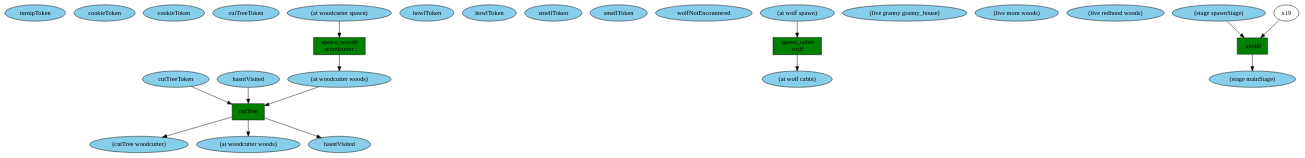
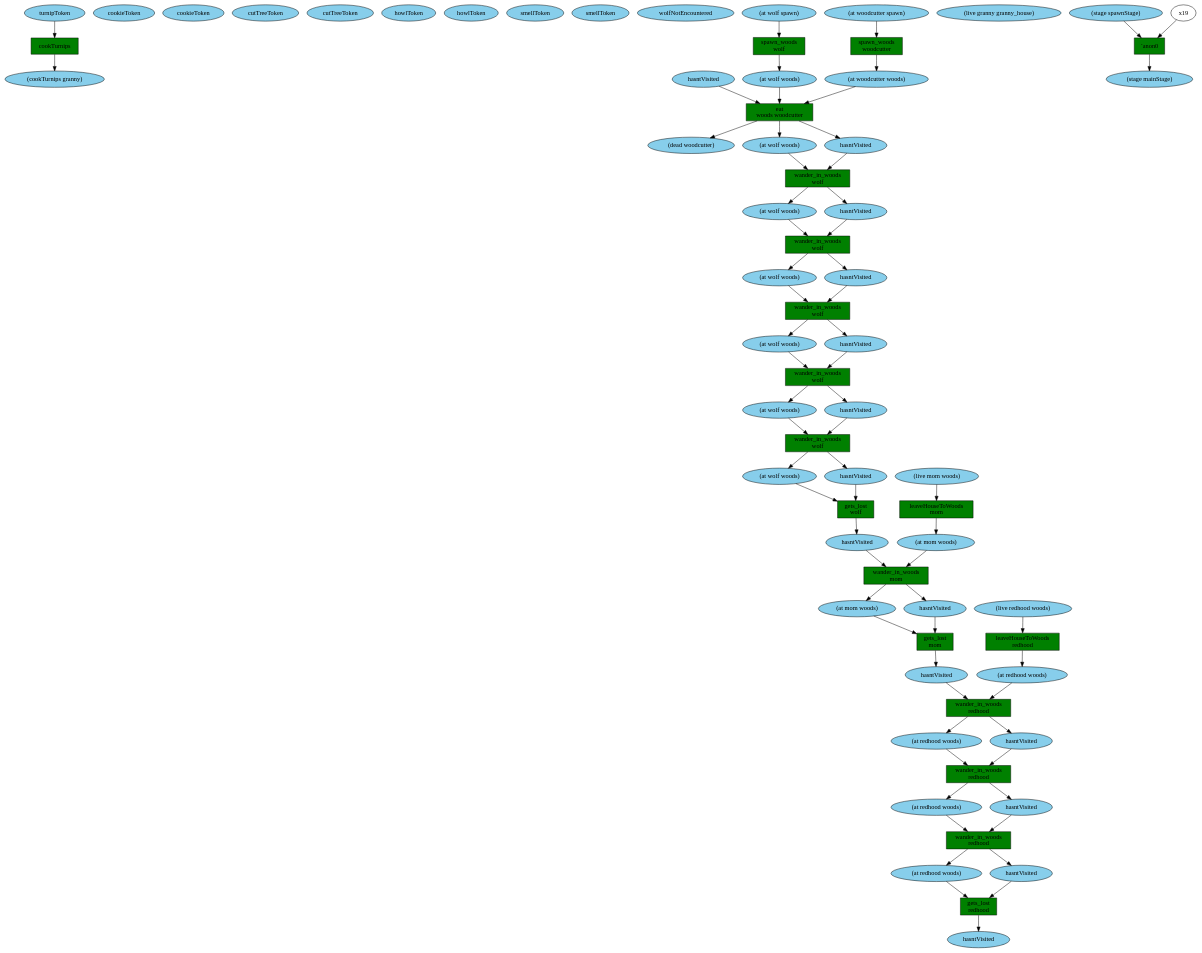
One commit to JulianDeclercq/Serious-Games-Thesis changed the diagram in ThesisApplication/src/Thesis/resources/Ceptre/trace.dot. Above: the diagram before and after it, drawn with Graphviz. The commit also changed 4 other files, not shown here.

```diff
--- a/ThesisApplication/src/Thesis/resources/Ceptre/trace.dot
+++ b/ThesisApplication/src/Thesis/resources/Ceptre/trace.dot
@@ -1,42 +1,132 @@
 digraph {
 x16 [style=filled,fillcolor=skyblue,label="turnipToken"];
 x15 [style=filled,fillcolor=skyblue,label="cookieToken"];
 x14 [style=filled,fillcolor=skyblue,label="cookieToken"];
 x13 [style=filled,fillcolor=skyblue,label="cutTreeToken"];
 x12 [style=filled,fillcolor=skyblue,label="cutTreeToken"];
 x11 [style=filled,fillcolor=skyblue,label="howlToken"];
 x10 [style=filled,fillcolor=skyblue,label="howlToken"];
 x9 [style=filled,fillcolor=skyblue,label="smellToken"];
 x8 [style=filled,fillcolor=skyblue,label="smellToken"];
 x7 [style=filled,fillcolor=skyblue,label="wolfNotEncountered"];
 x6 [style=filled,fillcolor=skyblue,label="hasntVisited"];
 x5 [style=filled,fillcolor=skyblue,label="(at wolf spawn)"];
 x4 [style=filled,fillcolor=skyblue,label="(at woodcutter spawn)"];
 x3 [style=filled,fillcolor=skyblue,label="(live granny granny_house)"];
 x2 [style=filled,fillcolor=skyblue,label="(live mom woods)"];
 x1 [style=filled,fillcolor=skyblue,label="(live redhood woods)"];
 x0 [style=filled,fillcolor=skyblue,label="(stage spawnStage)"];
-t0 [shape=box,style=filled,fillcolor=green,label="spawn_cabin\nwolf"];
-x17 [style=filled,fillcolor=skyblue,label="(at wolf cabin)"];
+t0 [shape=box,style=filled,fillcolor=green,label="spawn_woods\nwolf"];
+x17 [style=filled,fillcolor=skyblue,label="(at wolf woods)"];
 x5 -> t0;
 t0 -> x17;
 t1 [shape=box,style=filled,fillcolor=green,label="spawn_woods\nwoodcutter"];
 x18 [style=filled,fillcolor=skyblue,label="(at woodcutter woods)"];
 x4 -> t1;
 t1 -> x18;
 t2 [shape=box,style=filled,fillcolor=green,label="`anon0\n"];
 x20 [style=filled,fillcolor=skyblue,label="(stage mainStage)"];
 x0 -> t2;
 x19 -> t2;
 t2 -> x20;
-t3 [shape=box,style=filled,fillcolor=green,label="cutTree\n"];
-x23 [style=filled,fillcolor=skyblue,label="(cutTree woodcutter)"];
-x22 [style=filled,fillcolor=skyblue,label="(at woodcutter woods)"];
+t3 [shape=box,style=filled,fillcolor=green,label="eat\nwoods woodcutter"];
+x23 [style=filled,fillcolor=skyblue,label="(dead woodcutter)"];
+x22 [style=filled,fillcolor=skyblue,label="(at wolf woods)"];
 x21 [style=filled,fillcolor=skyblue,label="hasntVisited"];
 x6 -> t3;
+x17 -> t3;
 x18 -> t3;
-x12 -> t3;
 t3 -> x23;
 t3 -> x22;
 t3 -> x21;
+t4 [shape=box,style=filled,fillcolor=green,label="wander_in_woods\nwolf"];
+x25 [style=filled,fillcolor=skyblue,label="(at wolf woods)"];
+x24 [style=filled,fillcolor=skyblue,label="hasntVisited"];
+x21 -> t4;
+x22 -> t4;
+t4 -> x25;
+t4 -> x24;
+t5 [shape=box,style=filled,fillcolor=green,label="wander_in_woods\nwolf"];
+x27 [style=filled,fillcolor=skyblue,label="(at wolf woods)"];
+x26 [style=filled,fillcolor=skyblue,label="hasntVisited"];
+x24 -> t5;
+x25 -> t5;
+t5 -> x27;
+t5 -> x26;
+t6 [shape=box,style=filled,fillcolor=green,label="wander_in_woods\nwolf"];
+x29 [style=filled,fillcolor=skyblue,label="(at wolf woods)"];
+x28 [style=filled,fillcolor=skyblue,label="hasntVisited"];
+x26 -> t6;
+x27 -> t6;
+t6 -> x29;
+t6 -> x28;
+t7 [shape=box,style=filled,fillcolor=green,label="wander_in_woods\nwolf"];
+x31 [style=filled,fillcolor=skyblue,label="(at wolf woods)"];
+x30 [style=filled,fillcolor=skyblue,label="hasntVisited"];
+x28 -> t7;
+x29 -> t7;
+t7 -> x31;
+t7 -> x30;
+t8 [shape=box,style=filled,fillcolor=green,label="wander_in_woods\nwolf"];
+x33 [style=filled,fillcolor=skyblue,label="(at wolf woods)"];
+x32 [style=filled,fillcolor=skyblue,label="hasntVisited"];
+x30 -> t8;
+x31 -> t8;
+t8 -> x33;
+t8 -> x32;
+t9 [shape=box,style=filled,fillcolor=green,label="gets_lost\nwolf"];
+x34 [style=filled,fillcolor=skyblue,label="hasntVisited"];
+x32 -> t9;
+x33 -> t9;
+t9 -> x34;
+t10 [shape=box,style=filled,fillcolor=green,label="leaveHouseToWoods\nmom"];
+x35 [style=filled,fillcolor=skyblue,label="(at mom woods)"];
+x2 -> t10;
+t10 -> x35;
+t11 [shape=box,style=filled,fillcolor=green,label="wander_in_woods\nmom"];
+x37 [style=filled,fillcolor=skyblue,label="(at mom woods)"];
+x36 [style=filled,fillcolor=skyblue,label="hasntVisited"];
+x34 -> t11;
+x35 -> t11;
+t11 -> x37;
+t11 -> x36;
+t12 [shape=box,style=filled,fillcolor=green,label="gets_lost\nmom"];
+x38 [style=filled,fillcolor=skyblue,label="hasntVisited"];
+x36 -> t12;
+x37 -> t12;
+t12 -> x38;
+t13 [shape=box,style=filled,fillcolor=green,label="leaveHouseToWoods\nredhood"];
+x39 [style=filled,fillcolor=skyblue,label="(at redhood woods)"];
+x1 -> t13;
+t13 -> x39;
+t14 [shape=box,style=filled,fillcolor=green,label="wander_in_woods\nredhood"];
+x41 [style=filled,fillcolor=skyblue,label="(at redhood woods)"];
+x40 [style=filled,fillcolor=skyblue,label="hasntVisited"];
+x38 -> t14;
+x39 -> t14;
+t14 -> x41;
+t14 -> x40;
+t15 [shape=box,style=filled,fillcolor=green,label="wander_in_woods\nredhood"];
+x43 [style=filled,fillcolor=skyblue,label="(at redhood woods)"];
+x42 [style=filled,fillcolor=skyblue,label="hasntVisited"];
+x40 -> t15;
+x41 -> t15;
+t15 -> x43;
+t15 -> x42;
+t16 [shape=box,style=filled,fillcolor=green,label="wander_in_woods\nredhood"];
+x45 [style=filled,fillcolor=skyblue,label="(at redhood woods)"];
+x44 [style=filled,fillcolor=skyblue,label="hasntVisited"];
+x42 -> t16;
+x43 -> t16;
+t16 -> x45;
+t16 -> x44;
+t17 [shape=box,style=filled,fillcolor=green,label="gets_lost\nredhood"];
+x46 [style=filled,fillcolor=skyblue,label="hasntVisited"];
+x44 -> t17;
+x45 -> t17;
+t17 -> x46;
+t18 [shape=box,style=filled,fillcolor=green,label="cookTurnips\n"];
+x47 [style=filled,fillcolor=skyblue,label="(cookTurnips granny)"];
+x16 -> t18;
+t18 -> x47;
 }
```
